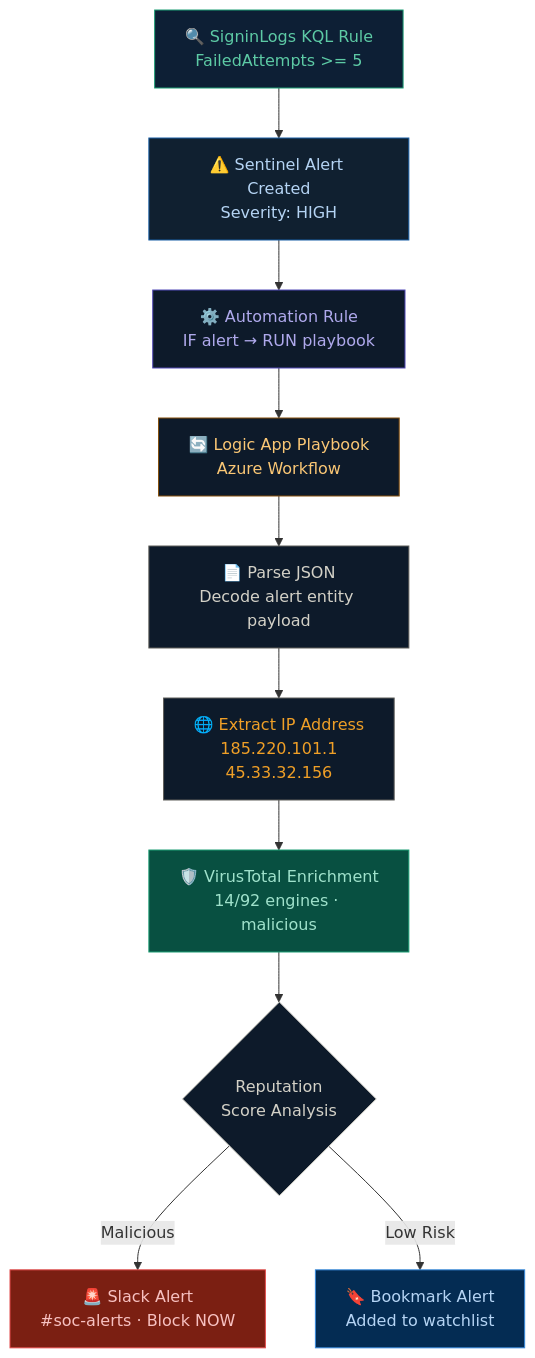
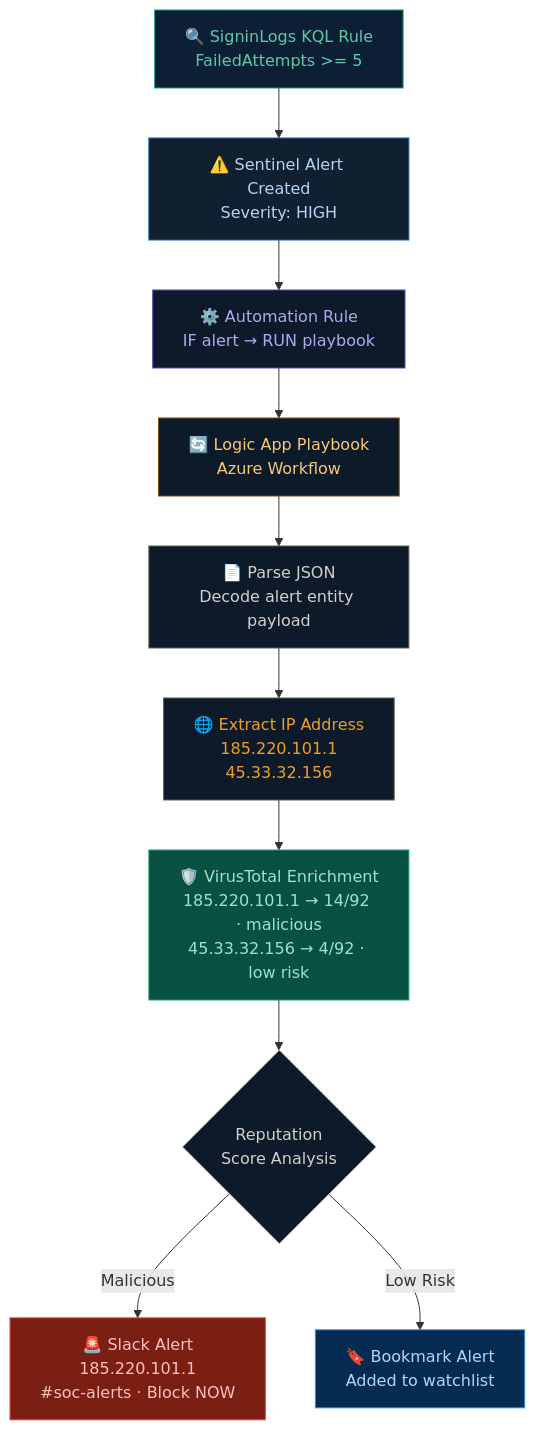
Before and after one commit to shubhamm-cyber/automated-threat-detection-and-response: the diagram in README.md, drawn with Mermaid.

````diff
--- a/README.md
+++ b/README.md
@@ -31,23 +31,23 @@
 ```mermaid
 flowchart TD
     A["🔍 SigninLogs KQL Rule\nFailedAttempts >= 5"] --> B["⚠️ Sentinel Alert Created\nSeverity: HIGH"]
     B --> C["⚙️ Automation Rule\nIF alert → RUN playbook"]
     C --> D["🔄 Logic App Playbook\nAzure Workflow"]
     D --> E["📄 Parse JSON\nDecode alert entity payload"]
     E --> F["🌐 Extract IP Address\n185.220.101.1\n45.33.32.156"]
-    F --> G["🛡️ VirusTotal Enrichment\n14/92 engines · malicious"]
+    F --> G["🛡️ VirusTotal Enrichment\n185.220.101.1 → 14/92 · malicious\n45.33.32.156 → 4/92 · low risk"]
     G --> H{Reputation\nScore Analysis}
-    H -->|Malicious| I["🚨 Slack Alert\n#soc-alerts · Block NOW"]
+    H -->|Malicious| I["🚨 Slack Alert\n185.220.101.1\n#soc-alerts · Block NOW"]
     H -->|Low Risk| J["🔖 Bookmark Alert\nAdded to watchlist"]
 
     style A fill:#0d1f35,color:#5DCAA5,stroke:#1D9E75
     style B fill:#102030,color:#B5D4F4,stroke:#185FA5
     style C fill:#0d1a2a,color:#AFA9EC,stroke:#534AB7
     style D fill:#0d1a2a,color:#FAC775,stroke:#854F0B
     style E fill:#0d1a2a,color:#D3D1C7,stroke:#5F5E5A
     style F fill:#0d1a2a,color:#EF9F27,stroke:#5F5E5A
     style G fill:#085041,color:#9FE1CB,stroke:#1D9E75
     style H fill:#0d1a2a,color:#D3D1C7,stroke:#D3D1C7
     style I fill:#7b1f12,color:#F7C1C1,stroke:#E24B4A
     style J fill:#042C53,color:#B5D4F4,stroke:#378ADD
 ```
````
